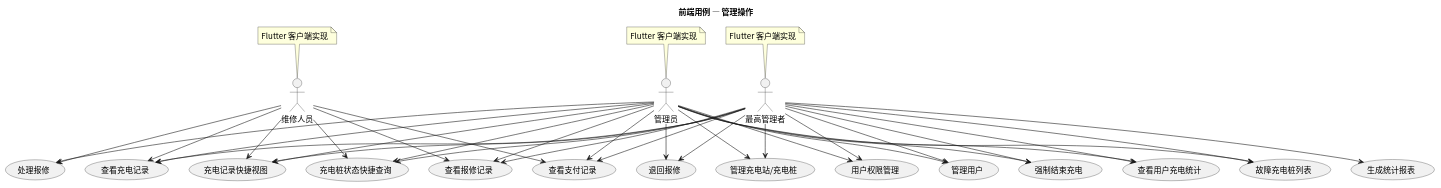
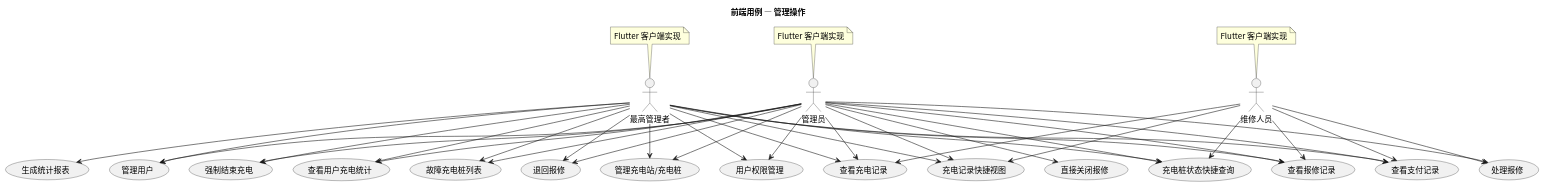
One commit to greenhandzdl/charging-station-doc changed the diagram in usecase/docs/frontend/src/frontend_admin_usecases.puml. Above: the diagram before and after it, drawn with PlantUML. The commit also changed 15 other files, not shown here.

First line of the commit message:
fix: 第19轮评估修复 — 跨图一致性全面补全（3 CRITICAL + 2 MAJOR + 8 MINOR + 12 INFO）

```diff
--- a/usecase/docs/frontend/src/frontend_admin_usecases.puml
+++ b/usecase/docs/frontend/src/frontend_admin_usecases.puml
@@ -1,62 +1,64 @@
 @startuml
 skinparam defaultFontName "Noto Sans CJK SC"
 skinparam defaultFontSize 14
 title 前端用例 — 管理操作
 skinparam useCaseShape rectangle
 
 actor "管理员" as A
 actor "维修人员" as M
 actor "最高管理者" as SA
 
 note top of A : Flutter 客户端实现
 note top of M : Flutter 客户端实现
 note top of SA : Flutter 客户端实现
 
 usecase "处理报修" as HR
 usecase "管理充电站/充电桩" as MM
 usecase "用户权限管理" as PM
 usecase "管理用户" as MU
 usecase "强制结束充电" as FSC
 usecase "生成统计报表" as GS
 usecase "充电桩状态快捷查询" as QC
 usecase "查看报修记录" as VR
 usecase "查看支付记录" as VPR
 usecase "查看充电记录" as VCR
 usecase "充电记录快捷视图" as QV
 usecase "查看用户充电统计" as UCS
 usecase "故障充电桩列表" as FCL
+usecase "直接关闭报修" as DCR
 usecase "退回报修" as RR
 
 A --> HR
+A --> DCR
 A --> VR
 A --> MM
 A --> PM
 A --> MU
 A --> FSC
 A --> QC
 A --> QV
 A --> VCR
 A --> VPR
 A --> UCS
 A --> RR
 A --> FCL
 SA --> FCL
 SA --> RR
 SA --> VR
 M --> HR
 M --> VR
 M --> VPR
 M --> VCR
 M --> QV
 M --> QC
 SA --> MM
 SA --> PM
 SA --> MU
 SA --> FSC
 SA --> GS
 SA --> VCR
 SA --> QC
 SA --> QV
 SA --> VPR
 SA --> UCS
 @enduml
```
